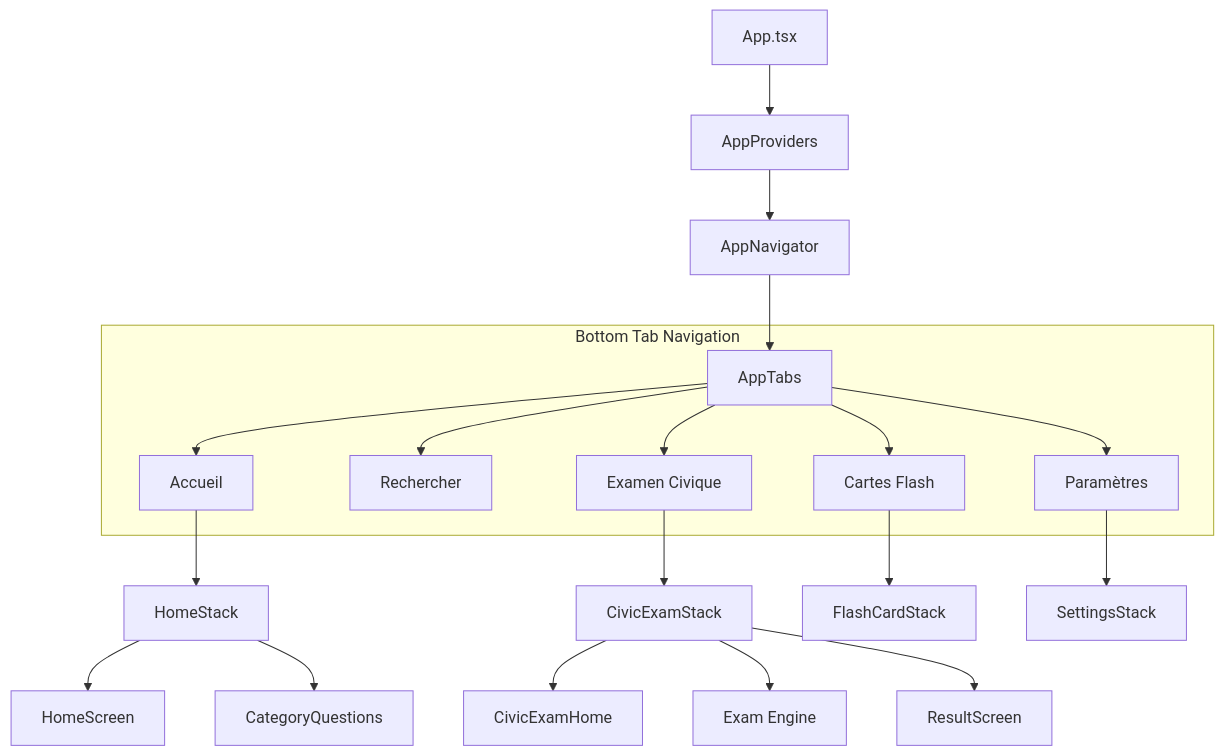
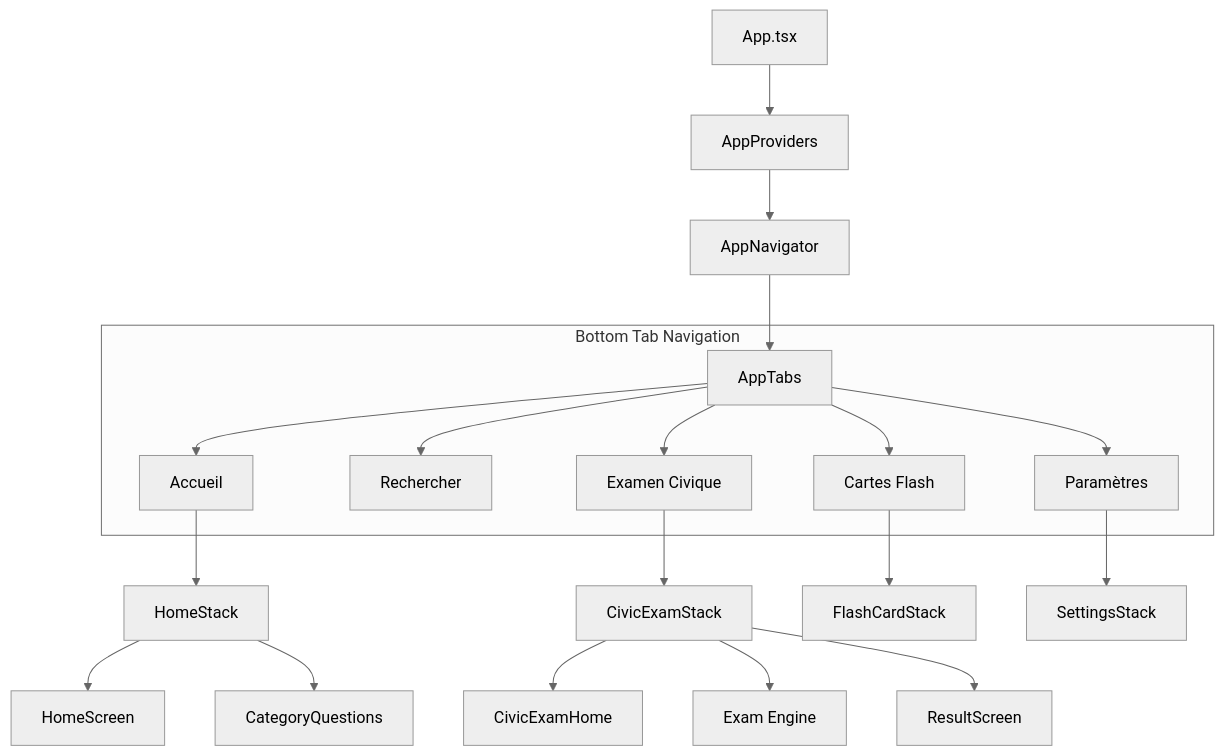
One commit to lykimq/French_nationality_questions changed the first of 2 diagrams in docs/project-architecture.md. Above: the diagram before and after it, drawn with Mermaid. The commit also changed other lines of this file, not shown here.

Commit message:
change using light style for mermaid

````diff
--- a/docs/project-architecture.md
+++ b/docs/project-architecture.md
@@ -11,30 +11,31 @@
 ```mermaid
+%%{init: {'theme': 'neutral'}}%%
 graph TD
     %% Global Root
     App[App.tsx] --> Providers[AppProviders]
     Providers --> Nav[AppNavigator]
     Nav --> Tabs[AppTabs]
 
     %% Main Tabs
     subgraph TabsSection [Bottom Tab Navigation]
         Tabs --> HomeTab[Accueil]
         Tabs --> SearchTab[Rechercher]
         Tabs --> CivicTab[Examen Civique]
         Tabs --> FlashTab[Cartes Flash]
         Tabs --> SettingsTab[Paramètres]
     end
 
     %% Nested Stacks
     HomeTab --> HomeStack[HomeStack]
     CivicTab --> CivicStack[CivicExamStack]
     FlashTab --> FlashStack[FlashCardStack]
     SettingsTab --> SettingsStack[SettingsStack]
 
     %% Key Screens
     HomeStack --> HomeScreen[HomeScreen]
     HomeStack --> CatScreen[CategoryQuestions]
 
     CivicStack --> CivicHome[CivicExamHome]
     CivicStack --> ExamRun[Exam Engine]
     CivicStack --> Results[ResultScreen]
 ```
````
